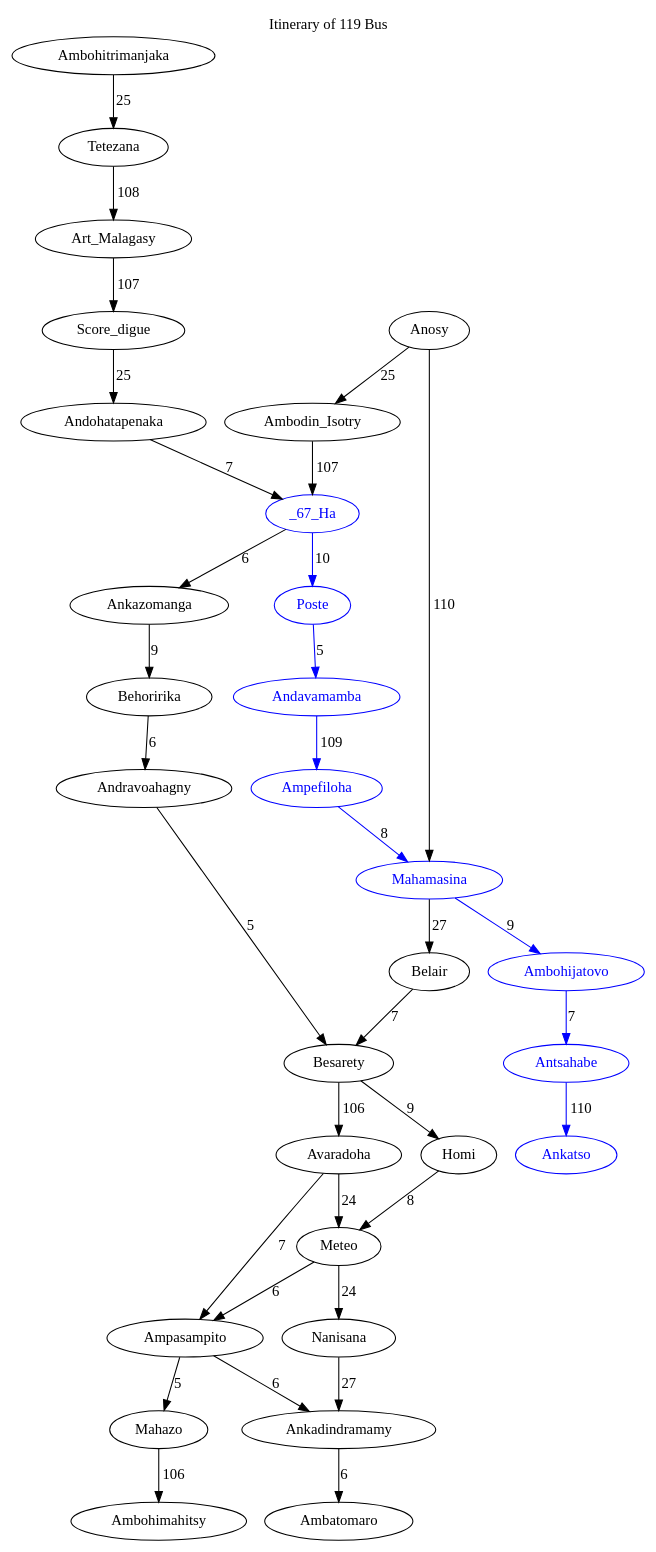
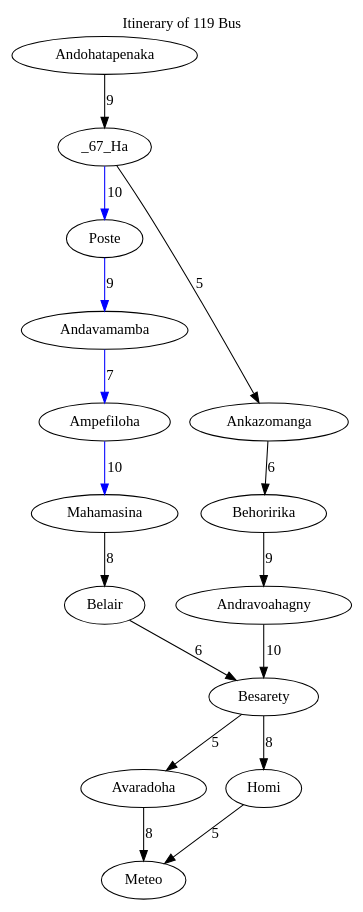
Before and after one commit to Online13/bus-path-finding: the diagram in out/bus_119.gv, drawn with Graphviz. The commit also changed 10 other files, not shown here.

```diff
--- a/out/bus_119.gv
+++ b/out/bus_119.gv
@@ -1,75 +1,17 @@
 digraph G {
-	labelloc="t"	label="Itinerary of 119 Bus"	Ambodin_Isotry -> _67_Ha [weight=107, label="107"];
-	Art_Malagasy -> Score_digue [weight=107, label="107"];
-	Antsahabe -> Ankatso [color="blue", weight=110, label="110"];
-	Andavamamba -> Ampefiloha [color="blue", weight=109, label="109"];
-	Ampefiloha -> Mahamasina [color="blue", weight=8, label="8"];
+	labelloc="t"	label="Itinerary of 119 Bus"	Andavamamba -> Ampefiloha [color="blue", weight=7, label="7"];
+	Ampefiloha -> Mahamasina [color="blue", weight=10, label="10"];
 	_67_Ha -> Poste [color="blue", weight=10, label="10"];
-	Meteo -> Ampasampito [weight=6, label="6"];
-	Andohatapenaka -> _67_Ha [weight=7, label="7"];
-	Meteo -> Nanisana [weight=24, label="24"];
-	Mahamasina -> Belair [weight=27, label="27"];
-	Ankazomanga -> Behoririka [weight=9, label="9"];
-	Andravoahagny -> Besarety [weight=5, label="5"];
-	Besarety -> Avaradoha [weight=106, label="106"];
-	Ambohitrimanjaka -> Tetezana [weight=25, label="25"];
-	Homi -> Meteo [weight=8, label="8"];
-	Ampasampito -> Mahazo [weight=5, label="5"];
-	Besarety -> Homi [weight=9, label="9"];
-	Tetezana -> Art_Malagasy [weight=108, label="108"];
-	Ampasampito -> Ankadindramamy [weight=6, label="6"];
-	Poste -> Andavamamba [color="blue", weight=5, label="5"];
-	_67_Ha -> Ankazomanga [weight=6, label="6"];
-	Behoririka -> Andravoahagny [weight=6, label="6"];
-	Score_digue -> Andohatapenaka [weight=25, label="25"];
-	Mahamasina -> Ambohijatovo [color="blue", weight=9, label="9"];
-	Anosy -> Mahamasina [weight=110, label="110"];
-	Ankadindramamy -> Ambatomaro [weight=6, label="6"];
-	Mahazo -> Ambohimahitsy [weight=106, label="106"];
-	Anosy -> Ambodin_Isotry [weight=25, label="25"];
-	Belair -> Besarety [weight=7, label="7"];
-	Avaradoha -> Meteo [weight=24, label="24"];
-	Ambohijatovo -> Antsahabe [color="blue", weight=7, label="7"];
-	Avaradoha -> Ampasampito [weight=7, label="7"];
-	Nanisana -> Ankadindramamy [weight=27, label="27"];
-	Andohatapenaka;
-	Ambohitrimanjaka;
-	_67_Ha [color="blue", fontcolor="blue"];
-	Art_Malagasy;
-	Tetezana;
-	Score_digue;
-	Poste [color="blue", fontcolor="blue"];
-	Ampefiloha [color="blue", fontcolor="blue"];
-	_67_Ha [color="blue", fontcolor="blue"];
-	Mahamasina [color="blue", fontcolor="blue"];
-	Andavamamba [color="blue", fontcolor="blue"];
-	Ankatso [color="blue", fontcolor="blue"];
-	Ambohijatovo [color="blue", fontcolor="blue"];
-	Antsahabe [color="blue", fontcolor="blue"];
-	Besarety;
-	Meteo;
-	Nanisana;
-	Mahamasina [color="blue", fontcolor="blue"];
-	Ambatomaro;
-	Avaradoha;
-	Anosy;
-	Belair;
-	Ankadindramamy;
-	Besarety;
-	Meteo;
-	Andravoahagny;
-	Behoririka;
-	_67_Ha [color="blue", fontcolor="blue"];
-	Ambodin_Isotry;
-	Ambatomaro;
-	Anosy;
-	Ankazomanga;
-	Homi;
-	Ampasampito;
-	Ankadindramamy;
-	Besarety;
-	Avaradoha;
-	Ambohimahitsy;
-	Mahazo;
-	Ampasampito;
+	Andohatapenaka -> _67_Ha [weight=9, label="9"];
+	Mahamasina -> Belair [weight=8, label="8"];
+	Ankazomanga -> Behoririka [weight=6, label="6"];
+	Andravoahagny -> Besarety [weight=10, label="10"];
+	Besarety -> Avaradoha [weight=5, label="5"];
+	Homi -> Meteo [weight=5, label="5"];
+	Besarety -> Homi [weight=8, label="8"];
+	Poste -> Andavamamba [color="blue", weight=9, label="9"];
+	_67_Ha -> Ankazomanga [weight=5, label="5"];
+	Behoririka -> Andravoahagny [weight=9, label="9"];
+	Belair -> Besarety [weight=6, label="6"];
+	Avaradoha -> Meteo [weight=8, label="8"];
 }
```
